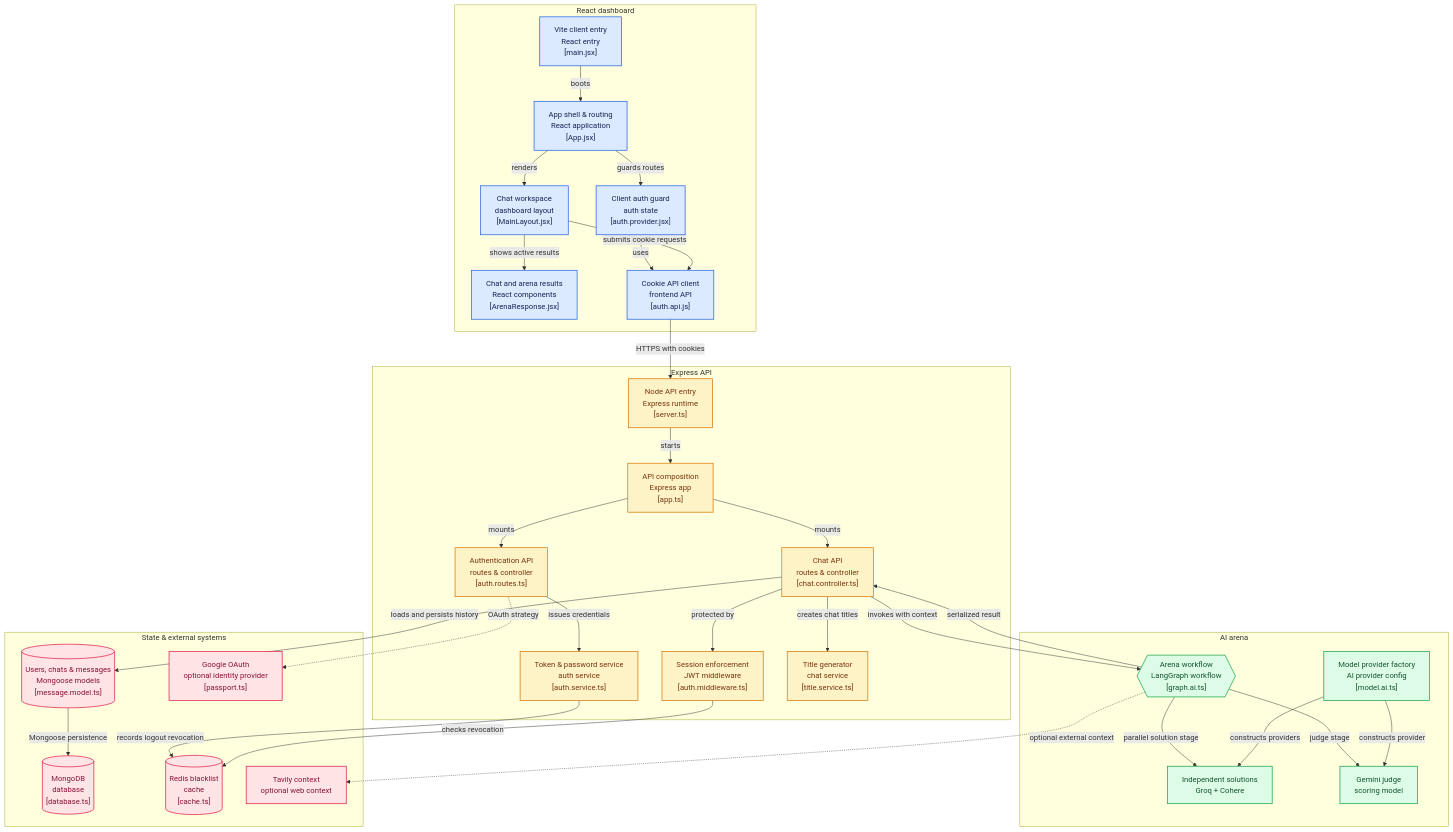
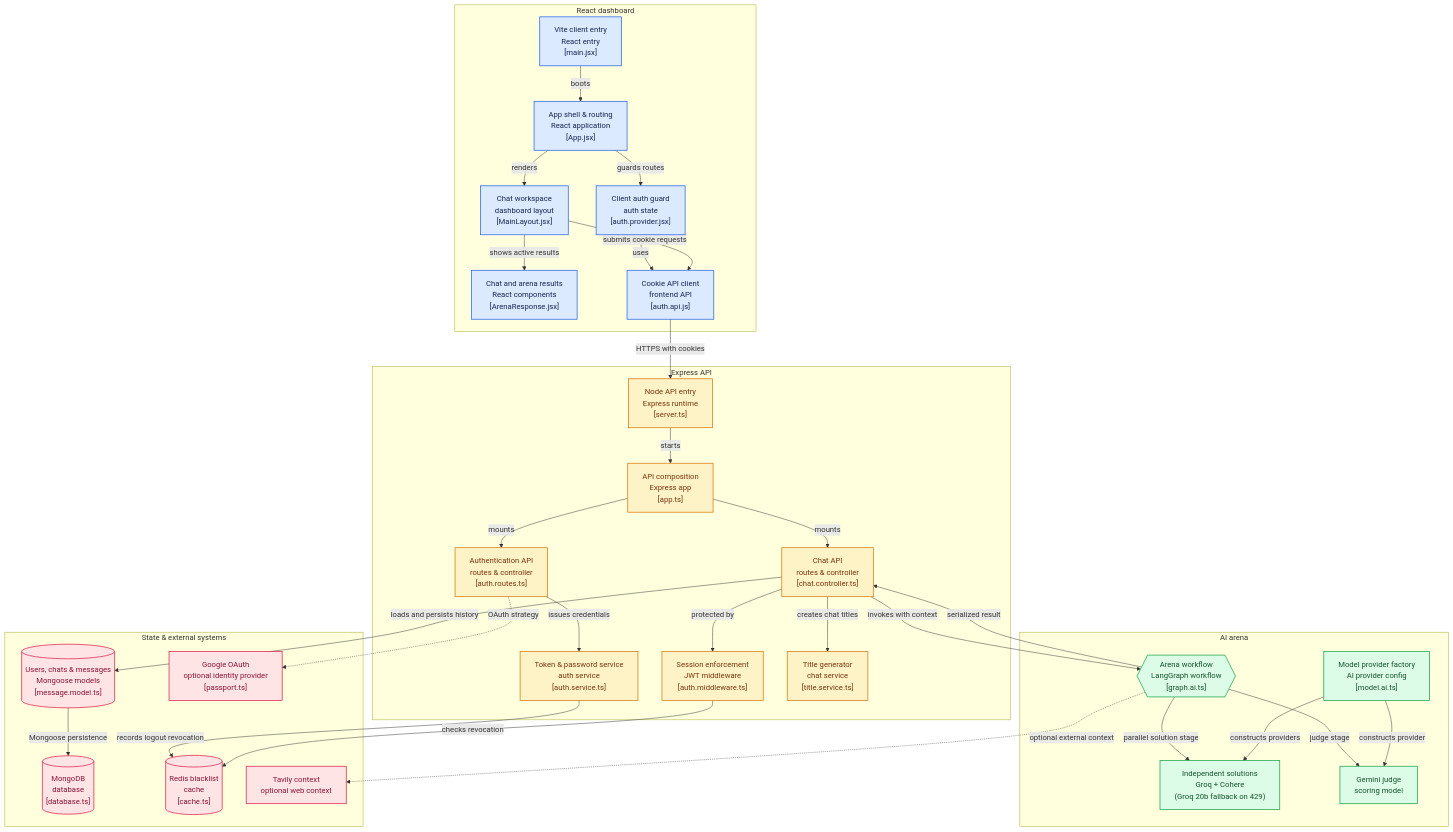
One commit to MELLOxProg/langgraph-ai-arena changed the diagram in docs/application-flow.mmd. Above: the diagram before and after it, drawn with Mermaid. The commit also changed 1 other file, not shown here.

Commit message:
docs(README): add live demo badge and document Vercel/Render deployment and Groq fallback

```diff
--- a/docs/application-flow.mmd
+++ b/docs/application-flow.mmd
@@ -1,94 +1,94 @@
 flowchart TD
 
 subgraph group_client["React dashboard"]
   node_client_entry["Vite client entry<br/>React entry<br/>[main.jsx]"]
   node_client_shell["App shell &amp; routing<br/>React application<br/>[App.jsx]"]
   node_workspace["Chat workspace<br/>dashboard layout<br/>[MainLayout.jsx]"]
   node_chat_ui["Chat and arena results<br/>React components<br/>[ArenaResponse.jsx]"]
   node_auth_client["Client auth guard<br/>auth state<br/>[auth.provider.jsx]"]
   node_auth_api_client["Cookie API client<br/>frontend API<br/>[auth.api.js]"]
 end
 
 subgraph group_api["Express API"]
   node_server["Node API entry<br/>Express runtime<br/>[server.ts]"]
   node_app["API composition<br/>Express app<br/>[app.ts]"]
   node_auth_routes["Authentication API<br/>routes &amp; controller<br/>[auth.routes.ts]"]
   node_auth_service["Token &amp; password service<br/>auth service<br/>[auth.service.ts]"]
   node_auth_middleware["Session enforcement<br/>JWT middleware<br/>[auth.middleware.ts]"]
   node_chat_api["Chat API<br/>routes &amp; controller<br/>[chat.controller.ts]"]
   node_title_service["Title generator<br/>chat service<br/>[title.service.ts]"]
 end
 
 subgraph group_arena["AI arena"]
   node_arena_graph{{"Arena workflow<br/>LangGraph workflow<br/>[graph.ai.ts]"}}
   node_model_factory["Model provider factory<br/>AI provider config<br/>[model.ai.ts]"]
-  node_solution_models["Independent solutions<br/>Groq + Cohere"]
+  node_solution_models["Independent solutions<br/>Groq + Cohere<br/>(Groq 20b fallback on 429)"]
   node_gemini_judge["Gemini judge<br/>scoring model"]
 end
 
 subgraph group_data["State &amp; external systems"]
   node_chat_store[("Users, chats &amp; messages<br/>Mongoose models<br/>[message.model.ts]")]
   node_mongo[("MongoDB<br/>database<br/>[database.ts]")]
   node_redis[("Redis blacklist<br/>cache<br/>[cache.ts]")]
   node_google_oauth["Google OAuth<br/>optional identity provider<br/>[passport.ts]"]
   node_tavily["Tavily context<br/>optional web context"]
 end
 
 node_client_entry -->|"boots"| node_client_shell
 node_client_shell -->|"guards routes"| node_auth_client
 node_client_shell -->|"renders"| node_workspace
 node_workspace -->|"shows active results"| node_chat_ui
 node_auth_client -->|"uses"| node_auth_api_client
 node_workspace -->|"submits cookie requests"| node_auth_api_client
 node_auth_api_client -->|"HTTPS with cookies"| node_server
 node_server -->|"starts"| node_app
 node_app -->|"mounts"| node_auth_routes
 node_app -->|"mounts"| node_chat_api
 node_auth_routes -->|"issues credentials"| node_auth_service
 node_auth_routes -.->|"OAuth strategy"| node_google_oauth
 node_auth_service -->|"records logout revocation"| node_redis
 node_chat_api -->|"protected by"| node_auth_middleware
 node_auth_middleware -->|"checks revocation"| node_redis
 node_chat_api -->|"loads and persists history"| node_chat_store
 node_chat_store -->|"Mongoose persistence"| node_mongo
 node_chat_api -->|"creates chat titles"| node_title_service
 node_chat_api -->|"invokes with context"| node_arena_graph
 node_arena_graph -->|"parallel solution stage"| node_solution_models
 node_arena_graph -->|"judge stage"| node_gemini_judge
 node_model_factory -->|"constructs providers"| node_solution_models
 node_model_factory -->|"constructs provider"| node_gemini_judge
 node_arena_graph -.->|"optional external context"| node_tavily
 node_arena_graph -->|"serialized result"| node_chat_api
 
 click node_client_entry "https://github.com/melloxprog/langgraph-ai-arena/blob/main/Frontend/src/main.jsx"
 click node_client_shell "https://github.com/melloxprog/langgraph-ai-arena/blob/main/Frontend/src/app/App.jsx"
 click node_workspace "https://github.com/melloxprog/langgraph-ai-arena/blob/main/Frontend/src/app/layouts/MainLayout.jsx"
 click node_chat_ui "https://github.com/melloxprog/langgraph-ai-arena/blob/main/Frontend/src/app/components/ArenaResponse.jsx"
 click node_auth_client "https://github.com/melloxprog/langgraph-ai-arena/blob/main/Frontend/src/features/auth/auth.provider.jsx"
 click node_auth_api_client "https://github.com/melloxprog/langgraph-ai-arena/blob/main/Frontend/src/features/auth/services/auth.api.js"
 click node_server "https://github.com/melloxprog/langgraph-ai-arena/blob/main/Backend/server.ts"
 click node_app "https://github.com/melloxprog/langgraph-ai-arena/blob/main/Backend/src/app.ts"
 click node_auth_routes "https://github.com/melloxprog/langgraph-ai-arena/blob/main/Backend/src/routes/auth.routes.ts"
 click node_auth_service "https://github.com/melloxprog/langgraph-ai-arena/blob/main/Backend/src/services/auth.service.ts"
 click node_auth_middleware "https://github.com/melloxprog/langgraph-ai-arena/blob/main/Backend/src/middlewares/auth.middleware.ts"
 click node_chat_api "https://github.com/melloxprog/langgraph-ai-arena/blob/main/Backend/src/controllers/chat.controller.ts"
 click node_chat_store "https://github.com/melloxprog/langgraph-ai-arena/blob/main/Backend/src/models/message.model.ts"
 click node_title_service "https://github.com/melloxprog/langgraph-ai-arena/blob/main/Backend/src/services/title.service.ts"
 click node_arena_graph "https://github.com/melloxprog/langgraph-ai-arena/blob/main/Backend/src/services/ai/graph.ai.ts"
 click node_model_factory "https://github.com/melloxprog/langgraph-ai-arena/blob/main/Backend/src/services/ai/model.ai.ts"
 click node_mongo "https://github.com/melloxprog/langgraph-ai-arena/blob/main/Backend/src/config/database.ts"
 click node_redis "https://github.com/melloxprog/langgraph-ai-arena/blob/main/Backend/src/config/cache.ts"
 click node_google_oauth "https://github.com/melloxprog/langgraph-ai-arena/blob/main/Backend/src/config/passport.ts"
 click node_tavily "https://github.com/melloxprog/langgraph-ai-arena/blob/main/Backend/src/services/internet.service.ts"
 
 classDef toneNeutral fill:#f8fafc,stroke:#334155,stroke-width:1.5px,color:#0f172a
 classDef toneBlue fill:#dbeafe,stroke:#2563eb,stroke-width:1.5px,color:#172554
 classDef toneAmber fill:#fef3c7,stroke:#d97706,stroke-width:1.5px,color:#78350f
 classDef toneMint fill:#dcfce7,stroke:#16a34a,stroke-width:1.5px,color:#14532d
 classDef toneRose fill:#ffe4e6,stroke:#e11d48,stroke-width:1.5px,color:#881337
 classDef toneIndigo fill:#e0e7ff,stroke:#4f46e5,stroke-width:1.5px,color:#312e81
 classDef toneTeal fill:#ccfbf1,stroke:#0f766e,stroke-width:1.5px,color:#134e4a
 class node_client_entry,node_client_shell,node_workspace,node_chat_ui,node_auth_client,node_auth_api_client toneBlue
 class node_server,node_app,node_auth_routes,node_auth_service,node_auth_middleware,node_chat_api,node_title_service toneAmber
 class node_arena_graph,node_model_factory,node_solution_models,node_gemini_judge toneMint
 class node_chat_store,node_mongo,node_redis,node_google_oauth,node_tavily toneRose
```
